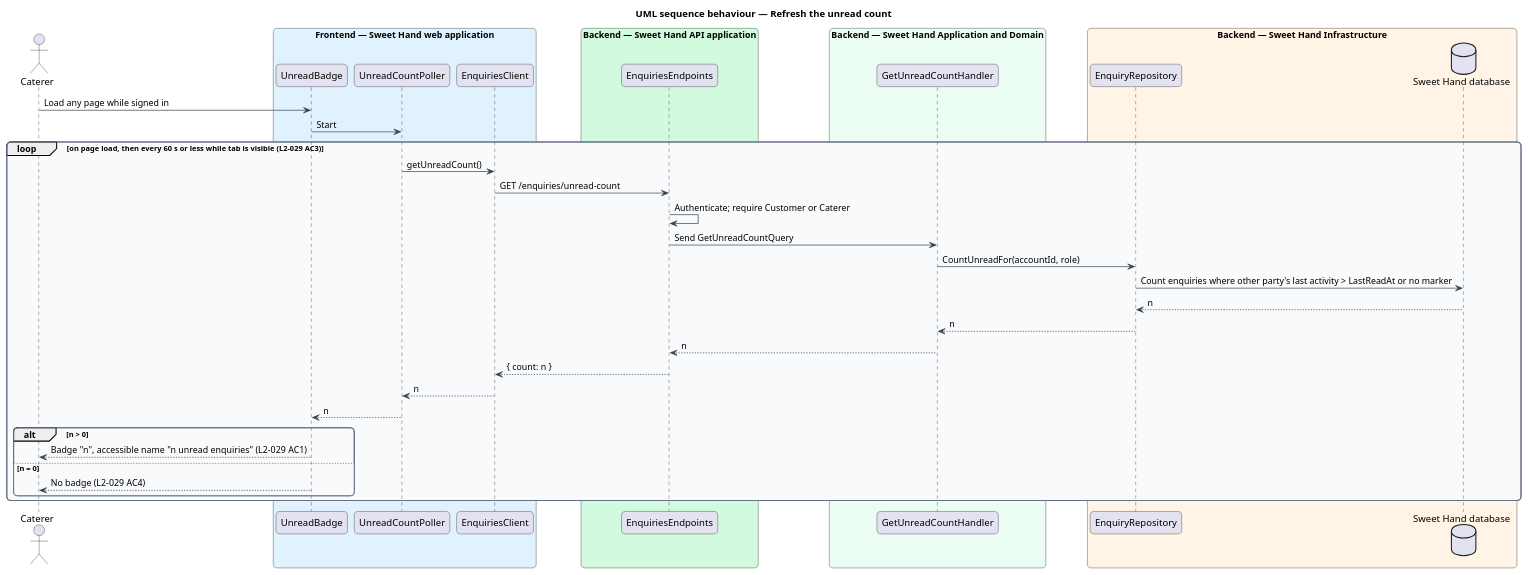
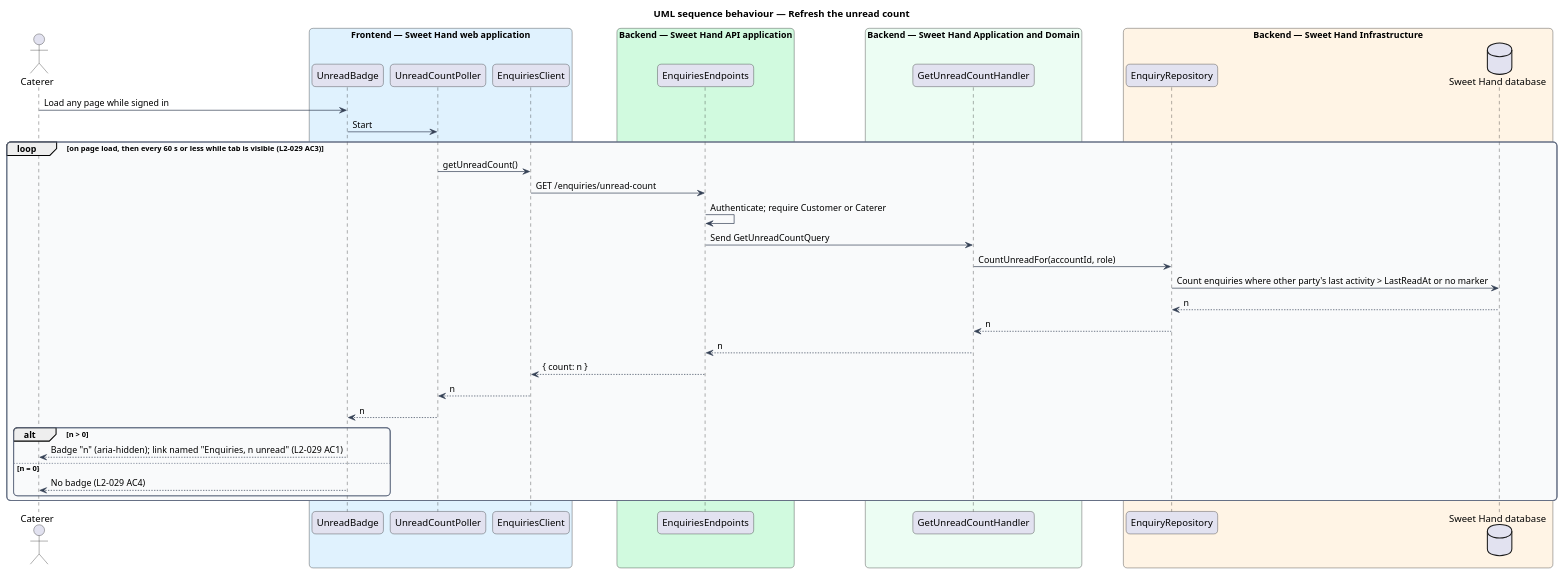
Before and after one commit to QuinntyneBrown/sweet-hand: the diagram in docs/detailed-designs/enquiries/show-unread-indicators/diagrams/sequence-refresh-unread-count.puml, drawn with PlantUML. The commit also changed 58 other files, not shown here.

```diff
--- a/docs/detailed-designs/enquiries/show-unread-indicators/diagrams/sequence-refresh-unread-count.puml
+++ b/docs/detailed-designs/enquiries/show-unread-indicators/diagrams/sequence-refresh-unread-count.puml
@@ -1,54 +1,54 @@
 @startuml
 title UML sequence behaviour — Refresh the unread count
 skinparam backgroundColor #FFFFFF
 skinparam shadowing false
 skinparam roundcorner 12
 skinparam defaultFontName Arial
 skinparam ArrowColor #344054
 skinparam rectangle {
   BorderColor #344054
   FontColor #101828
 }
 skinparam package {
   BorderColor #667085
   FontColor #101828
   BackgroundColor #F9FAFB
 }
 actor "Caterer" as actor
 box "Frontend — Sweet Hand web application" #E0F2FE
   participant "UnreadBadge" as badge
   participant "UnreadCountPoller" as poller
   participant "EnquiriesClient" as client
 end box
 box "Backend — Sweet Hand API application" #D1FADF
   participant "EnquiriesEndpoints" as ep
 end box
 box "Backend — Sweet Hand Application and Domain" #ECFDF3
   participant "GetUnreadCountHandler" as handler
 end box
 box "Backend — Sweet Hand Infrastructure" #FFF4E5
   participant "EnquiryRepository" as repo
   database "Sweet Hand database" as db
 end box
 actor -> badge : Load any page while signed in
 badge -> poller : Start
 loop on page load, then every 60 s or less while tab is visible (L2-029 AC3)
   poller -> client : getUnreadCount()
   client -> ep : GET /enquiries/unread-count
   ep -> ep : Authenticate; require Customer or Caterer
   ep -> handler : Send GetUnreadCountQuery
   handler -> repo : CountUnreadFor(accountId, role)
   repo -> db : Count enquiries where other party's last activity > LastReadAt or no marker
   db --> repo : n
   repo --> handler : n
   handler --> ep : n
   ep --> client : { count: n }
   client --> poller : n
   poller --> badge : n
   alt n > 0
-    badge --> actor : Badge "n", accessible name "n unread enquiries" (L2-029 AC1)
+    badge --> actor : Badge "n" (aria-hidden); link named "Enquiries, n unread" (L2-029 AC1)
   else n = 0
     badge --> actor : No badge (L2-029 AC4)
   end
 end
 @enduml
```
